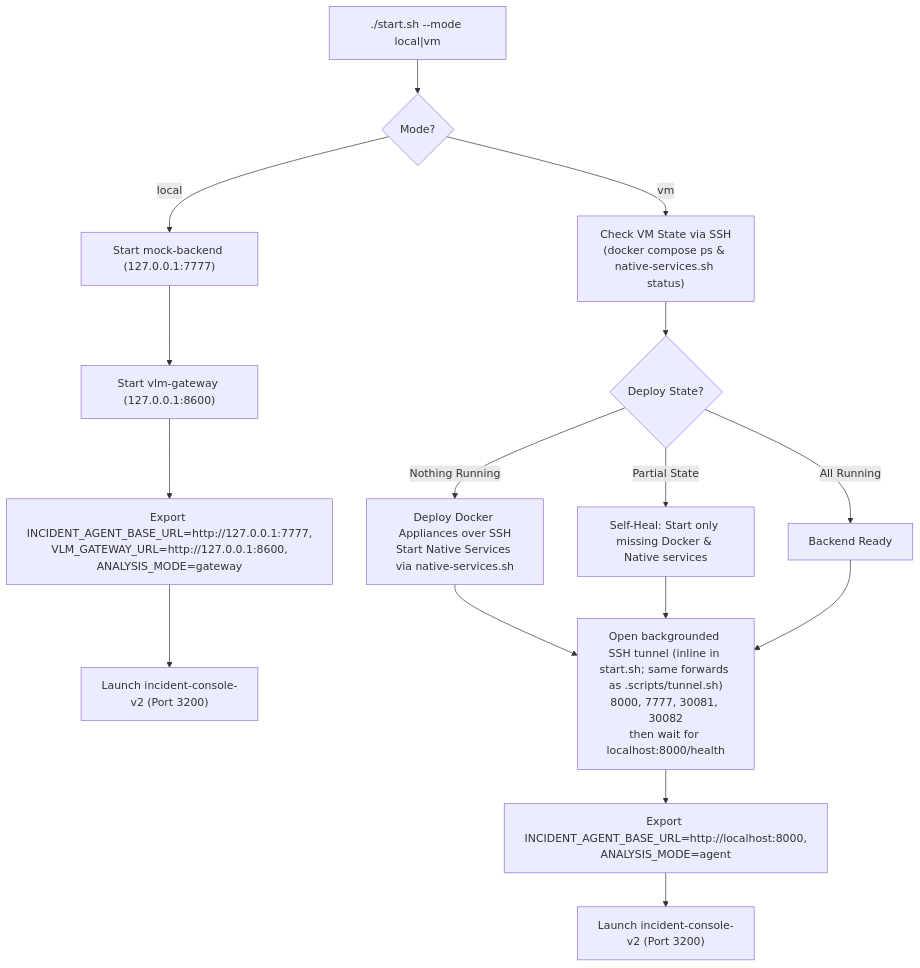
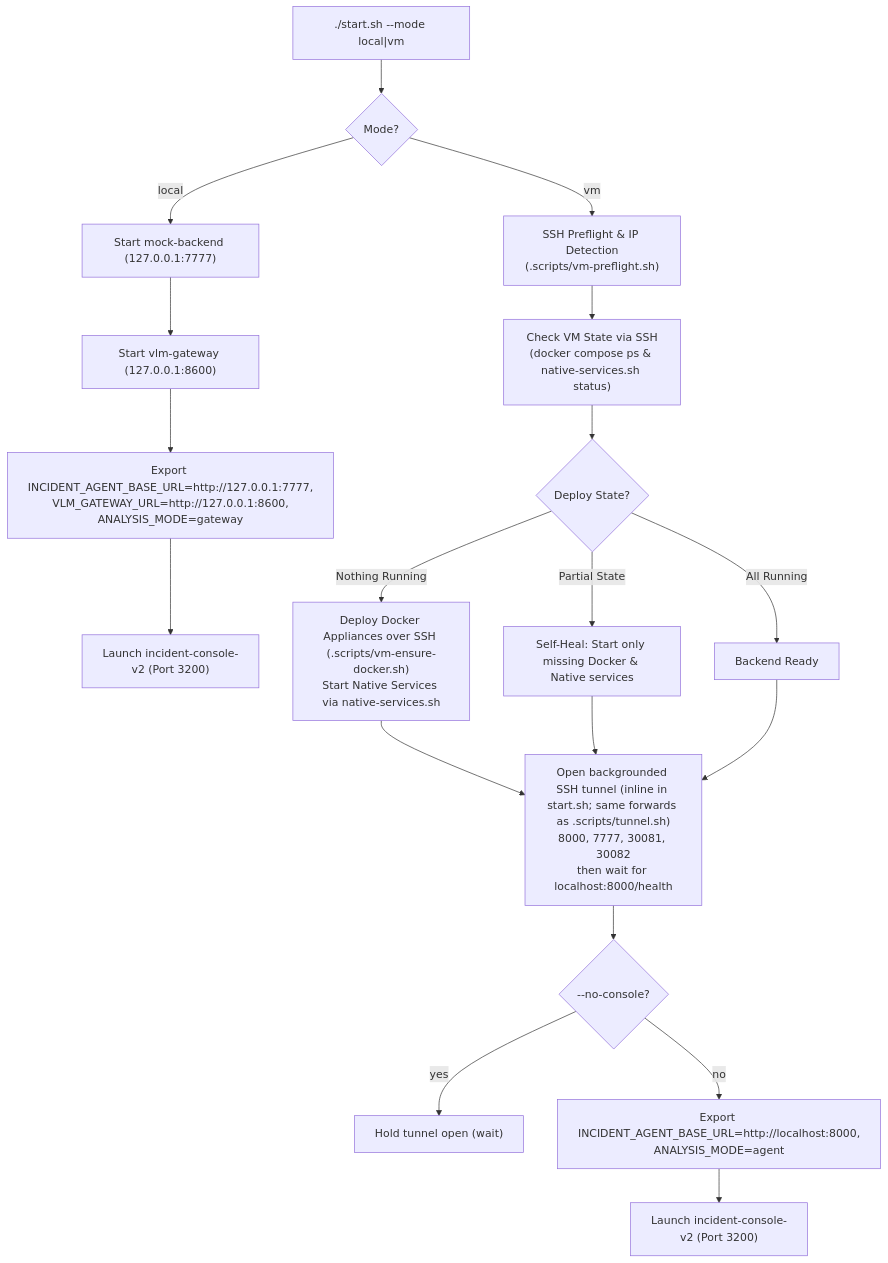
One commit to Danwidj/video-search-and-summarization changed the second of 5 diagrams in deploy/docker/developer-profiles/dev-profile-incident/.docs/architecture.md. Above: the diagram before and after it, drawn with Mermaid. The commit also changed other lines of this file and 15 other files, not shown here.

First line of the commit message:
fix(dev-profile-incident): add VM preflight diagnostics and bound start.sh remote execution (#135)

````diff
--- a/deploy/docker/developer-profiles/dev-profile-incident/.docs/architecture.md
+++ b/deploy/docker/developer-profiles/dev-profile-incident/.docs/architecture.md
@@ -130,25 +130,28 @@
 ```mermaid
 flowchart TD
     Start["./start.sh --mode local|vm"] --> CheckMode{Mode?}
 
     %% Local Mode Path
     CheckMode -->|local| StartMock["Start mock-backend (127.0.0.1:7777)"]
     StartMock --> StartGateway["Start vlm-gateway (127.0.0.1:8600)"]
     StartGateway --> LocalInit["Export INCIDENT_AGENT_BASE_URL=http://127.0.0.1:7777,<br/>VLM_GATEWAY_URL=http://127.0.0.1:8600,<br/>ANALYSIS_MODE=gateway"]
     LocalInit --> RunV2Local["Launch incident-console-v2 (Port 3200)"]
 
     %% VM Mode Path
-    CheckMode -->|vm| CheckSSH["Check VM State via SSH<br/>(docker compose ps & native-services.sh status)"]
+    CheckMode -->|vm| Preflight["SSH Preflight & IP Detection<br/>(.scripts/vm-preflight.sh)"]
+    Preflight --> CheckSSH["Check VM State via SSH<br/>(docker compose ps & native-services.sh status)"]
     CheckSSH --> StateDecision{Deploy State?}
     
-    StateDecision -->|Nothing Running| FreshDeploy["Deploy Docker Appliances over SSH<br/>Start Native Services via native-services.sh"]
+    StateDecision -->|Nothing Running| FreshDeploy["Deploy Docker Appliances over SSH (.scripts/vm-ensure-docker.sh)<br/>Start Native Services via native-services.sh"]
     StateDecision -->|Partial State| SelfHeal["Self-Heal: Start only missing Docker & Native services"]
     StateDecision -->|All Running| Ready["Backend Ready"]
     
     FreshDeploy --> OpenTunnel
     SelfHeal --> OpenTunnel
     Ready --> OpenTunnel
 
-    OpenTunnel["Open backgrounded SSH tunnel (inline in start.sh; same forwards as .scripts/tunnel.sh)<br/>8000, 7777, 30081, 30082<br/>then wait for localhost:8000/health"] --> VMInit["Export INCIDENT_AGENT_BASE_URL=http://localhost:8000,<br/>ANALYSIS_MODE=agent"]
+    OpenTunnel["Open backgrounded SSH tunnel (inline in start.sh; same forwards as .scripts/tunnel.sh)<br/>8000, 7777, 30081, 30082<br/>then wait for localhost:8000/health"] --> CheckConsole{--no-console?}
+    CheckConsole -->|yes| Hold["Hold tunnel open (wait)"]
+    CheckConsole -->|no| VMInit["Export INCIDENT_AGENT_BASE_URL=http://localhost:8000,<br/>ANALYSIS_MODE=agent"]
     VMInit --> RunV2VM["Launch incident-console-v2 (Port 3200)"]
 ```
````
